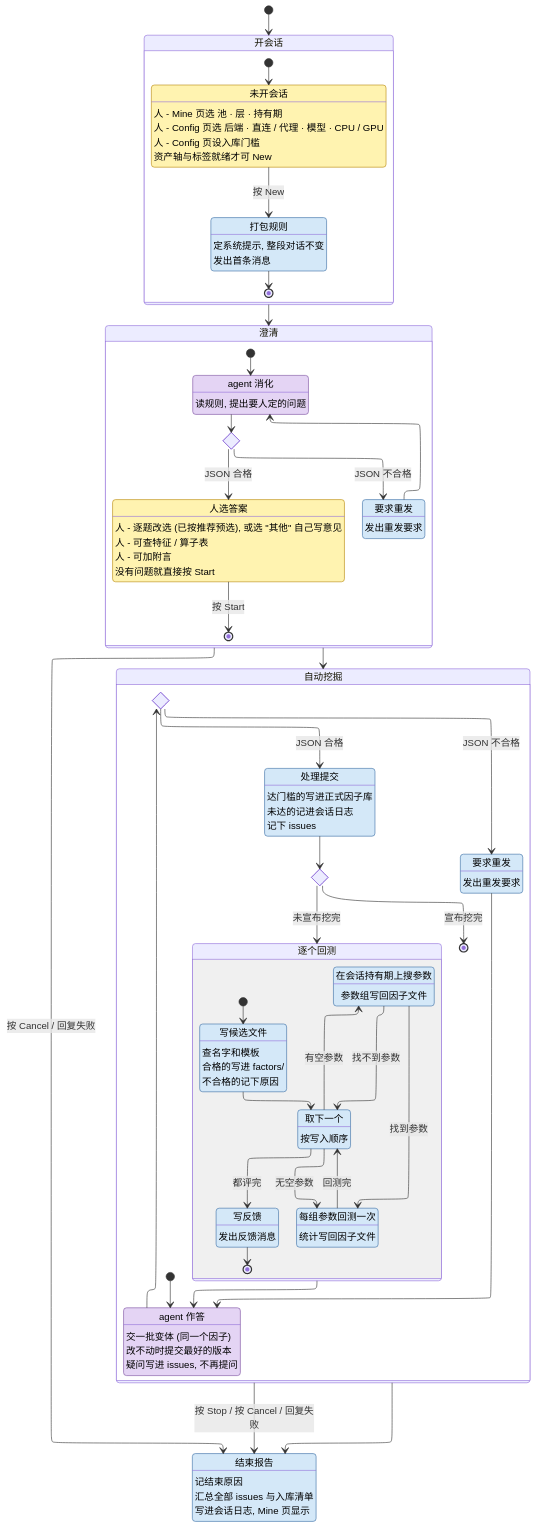
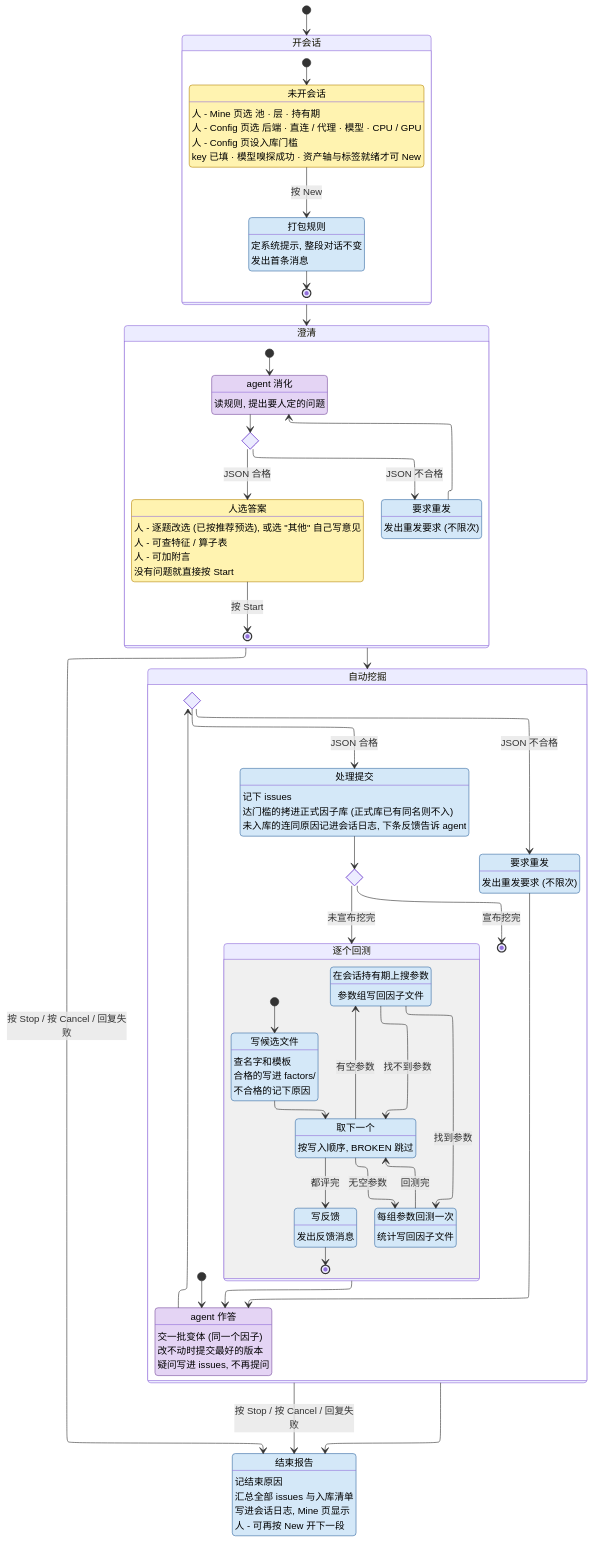
The diagram in AGENT.md (CoCoMilkyWay/stk), drawn with Mermaid before and after one commit. The commit also changed other lines of this file and 2 other files, not shown here.

```diff
--- a/AGENT.md
+++ b/AGENT.md
@@ -42,7 +43,7 @@
         None : 人 - Mine 页选 池 · 层 · 持有期
         None : 人 - Config 页选 后端 · 直连 / 代理 · 模型 · CPU / GPU
         None : 人 - Config 页设入库门槛
-        None : 资产轴与标签就绪才可 New
+        None : key 已填 · 模型嗅探成功 · 资产轴与标签就绪才可 New
         state "打包规则" as Pack
         Pack : 定系统提示, 整段对话不变
         Pack : 发出首条消息
@@ -57,7 +58,7 @@
         Digest : 读规则, 提出要人定的问题
         state QFormat <<choice>>
         state "要求重发" as QRetry
-        QRetry : 发出重发要求
+        QRetry : 发出重发要求 (不限次)
         state "人选答案" as Choose
         Choose : 人 - 逐题改选 (已按推荐预选), 或选 "其他" 自己写意见
         Choose : 人 - 可查特征 / 算子表
@@ -79,11 +80,11 @@
         Asking : 疑问写进 issues, 不再提问
         state Format <<choice>>
         state "要求重发" as Retry
-        Retry : 发出重发要求
+        Retry : 发出重发要求 (不限次)
         state "处理提交" as Submit
-        Submit : 达门槛的写进正式因子库
-        Submit : 未达的记进会话日志
         Submit : 记下 issues
+        Submit : 达门槛的拷进正式因子库 (正式库已有同名则不入)
+        Submit : 未入库的连同原因记进会话日志, 下条反馈告诉 agent
         state Fin <<choice>>
 
         state "逐个回测" as GEval {
@@ -92,7 +93,7 @@
             Stage : 合格的写进 factors/
             Stage : 不合格的记下原因
             state "取下一个" as Next
-            Next : 按写入顺序
+            Next : 按写入顺序, BROKEN 跳过
             Search : 在会话持有期上搜参数
             Search : 参数组写回因子文件
             Run : 每组参数回测一次
@@ -126,12 +127,13 @@
     Report : 记结束原因
     Report : 汇总全部 issues 与入库清单
     Report : 写进会话日志, Mine 页显示
+    Report : 人 - 可再按 New 开下一段
 
     [*] --> GOpen
     GOpen --> GAsk
     GAsk --> GMine
     GMine --> Report
-    GAsk --> Report : 按 Cancel / 回复失败
+    GAsk --> Report : 按 Stop / 按 Cancel / 回复失败
     GMine --> Report : 按 Stop / 按 Cancel / 回复失败
 
     classDef human fill:#fff3b0,stroke:#b8860b,color:#000
```
